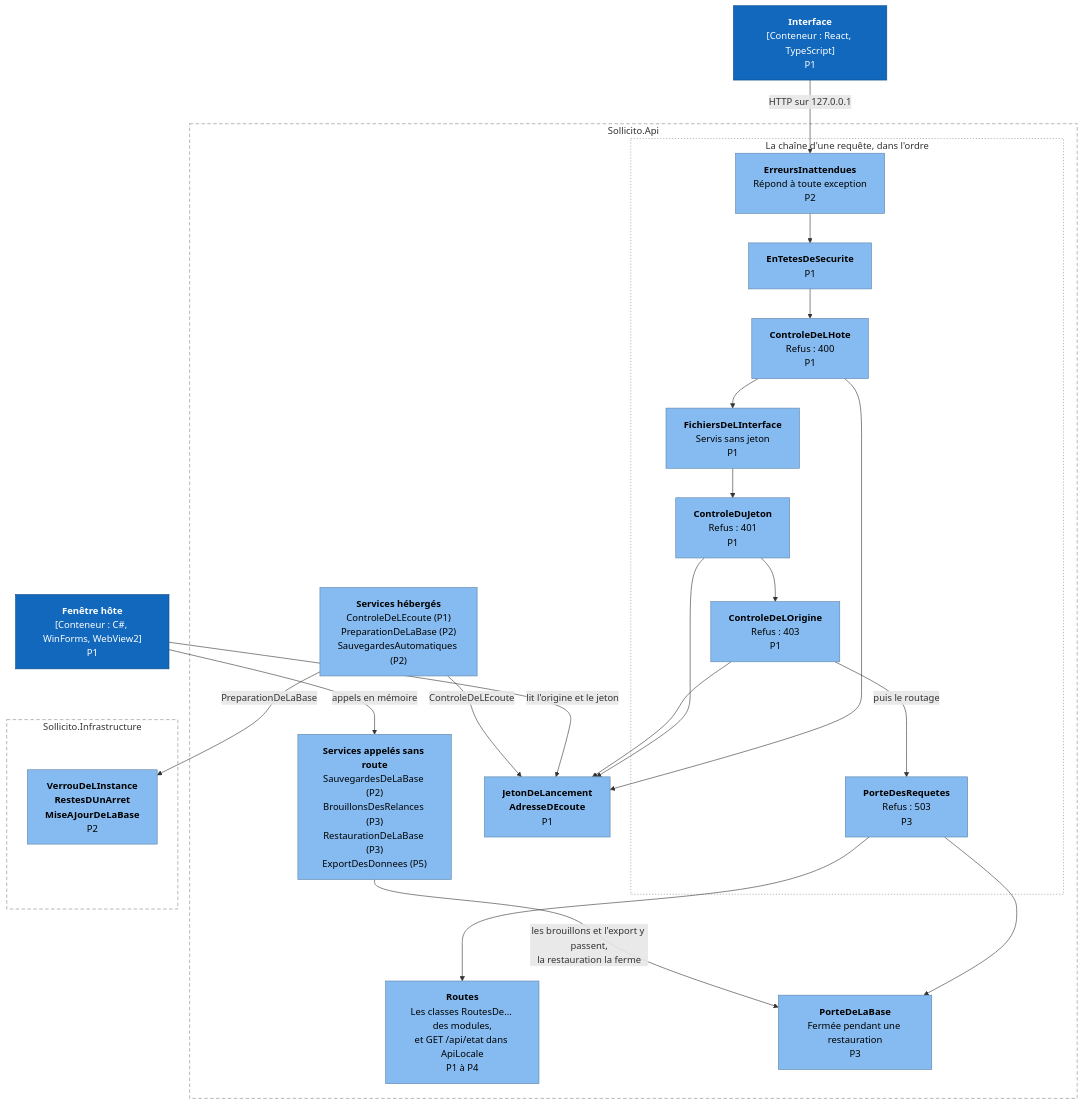
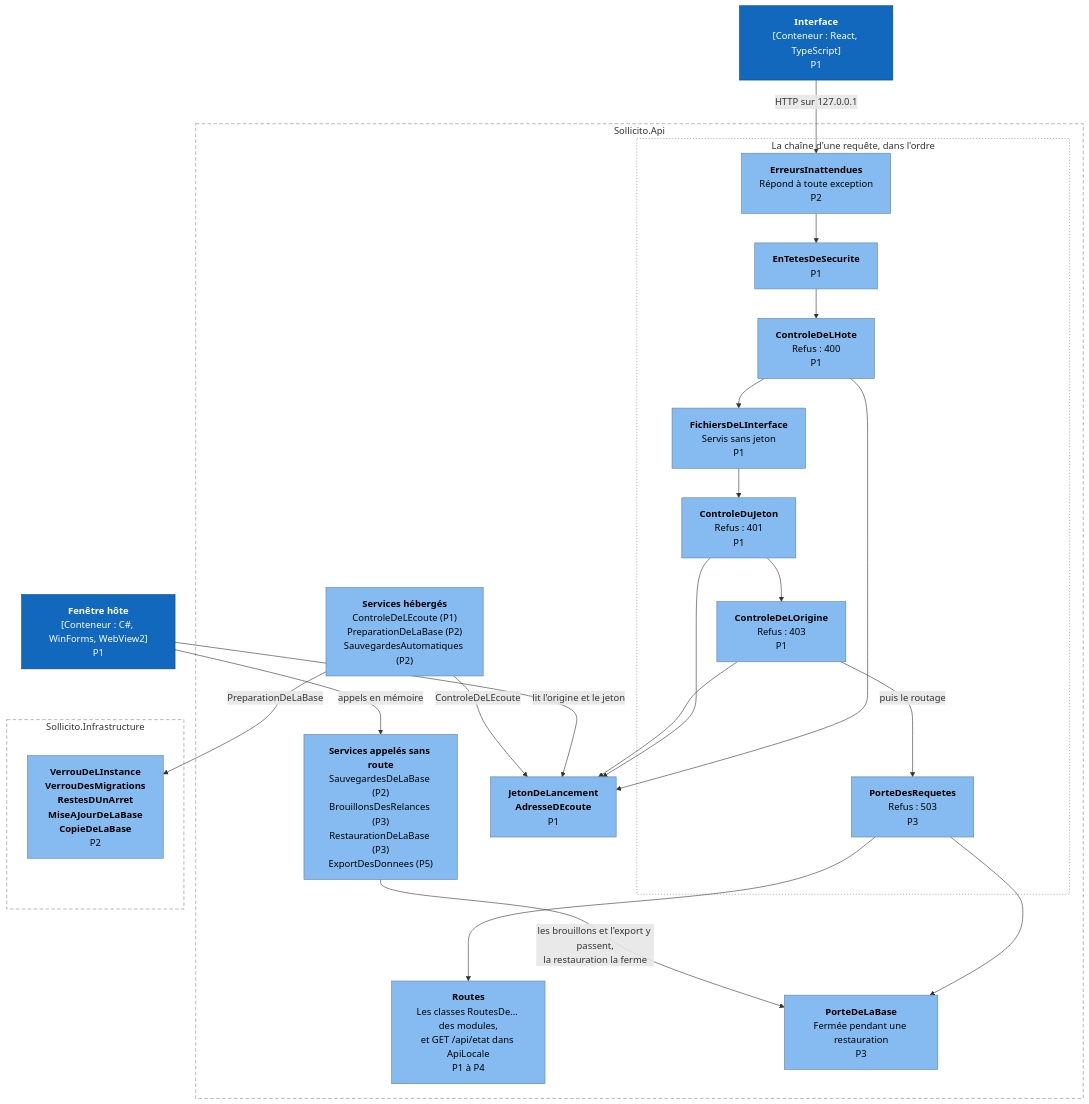
One commit to moonn1000/sollicito changed the third of 7 diagrams in docs/vues-d-architecture.md. Above: the diagram before and after it, drawn with Mermaid. The commit also changed other lines of this file and 1 other file, not shown here.

Commit message:
docs(architecture): placer les refus à leur vrai endroit, donner une légende à chaque séquence et préciser deux vues (#59)

````diff
--- a/docs/vues-d-architecture.md
+++ b/docs/vues-d-architecture.md
@@ -230,48 +230,48 @@
 ```mermaid
 flowchart TB
     interface["<b>Interface</b><br>[Conteneur : React, TypeScript]<br>P1"]
     fenetre["<b>Fenêtre hôte</b><br>[Conteneur : C#, WinForms, WebView2]<br>P1"]
 
     subgraph api["Sollicito.Api"]
         subgraph chaine["La chaîne d'une requête, dans l'ordre"]
             erreurs["<b>ErreursInattendues</b><br>Répond à toute exception<br>P2"]
             entetes["<b>EnTetesDeSecurite</b><br>P1"]
             hote["<b>ControleDeLHote</b><br>Refus : 400<br>P1"]
             fichiers["<b>FichiersDeLInterface</b><br>Servis sans jeton<br>P1"]
             jeton["<b>ControleDuJeton</b><br>Refus : 401<br>P1"]
             origine["<b>ControleDeLOrigine</b><br>Refus : 403<br>P1"]
             porterequetes["<b>PorteDesRequetes</b><br>Refus : 503<br>P3"]
         end
         routes["<b>Routes</b><br>Les classes RoutesDe… des modules,<br>et GET /api/etat dans ApiLocale<br>P1 à P4"]
         porte["<b>PorteDeLaBase</b><br>Fermée pendant une restauration<br>P3"]
         secrets["<b>JetonDeLancement</b><br><b>AdresseDEcoute</b><br>P1"]
         services["<b>Services appelés sans route</b><br>SauvegardesDeLaBase (P2)<br>BrouillonsDesRelances (P3)<br>RestaurationDeLaBase (P3)<br>ExportDesDonnees (P5)"]
         demarrage["<b>Services hébergés</b><br>ControleDeLEcoute (P1)<br>PreparationDeLaBase (P2)<br>SauvegardesAutomatiques (P2)"]
     end
 
     subgraph infra["Sollicito.Infrastructure"]
-        preparation["<b>VerrouDeLInstance</b><br><b>RestesDUnArret</b><br><b>MiseAJourDeLaBase</b><br>P2"]
+        preparation["<b>VerrouDeLInstance</b><br><b>VerrouDesMigrations</b><br><b>RestesDUnArret</b><br><b>MiseAJourDeLaBase</b><br><b>CopieDeLaBase</b><br>P2"]
     end
 
     interface -- "HTTP sur 127.0.0.1" --> erreurs
     erreurs --> entetes --> hote --> fichiers --> jeton --> origine
     origine -- "puis le routage" --> porterequetes
     porterequetes --> routes
     porterequetes --> porte
     hote --> secrets
     jeton --> secrets
     origine --> secrets
     fenetre -- "lit l'origine et le jeton" --> secrets
     fenetre -- "appels en mémoire" --> services
     services -- "les brouillons et l'export y passent,<br>la restauration la ferme" --> porte
     demarrage -- "ControleDeLEcoute" --> secrets
     demarrage -- "PreparationDeLaBase" --> preparation
 
     classDef conteneur fill:#1168bd,stroke:#0b4884,color:#ffffff
     classDef composant fill:#85bbf0,stroke:#5d82a8,color:#000000
     class interface,fenetre conteneur
     class erreurs,entetes,hote,fichiers,jeton,origine,porterequetes,routes,porte,secrets,services,demarrage,preparation composant
     style api fill:none,stroke:#888888,stroke-dasharray:6 4
     style chaine fill:none,stroke:#888888,stroke-dasharray:2 3
     style infra fill:none,stroke:#888888,stroke-dasharray:6 4
 ```
````
